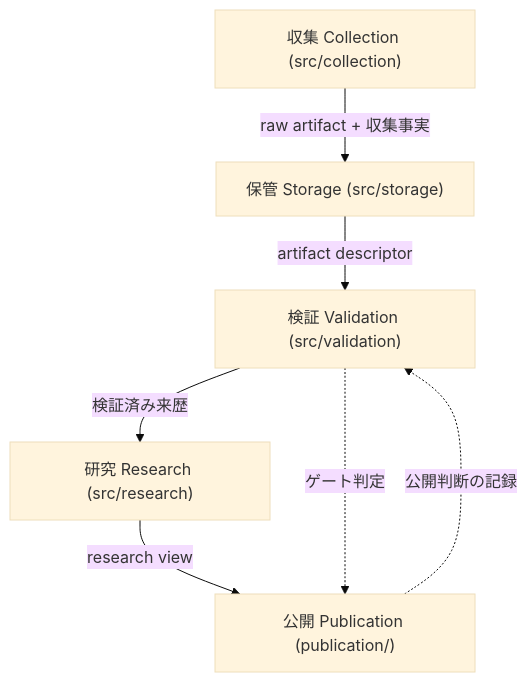
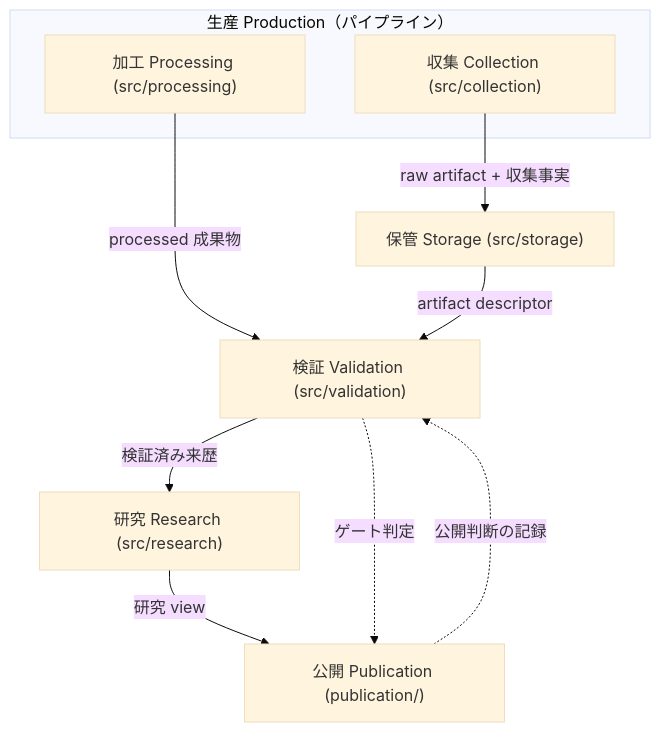
One commit to routeflags/japan-cannabinoid-trends changed the diagram in docs/specs/contracts.md. Above: the diagram before and after it, drawn with Mermaid (base theme). The commit also changed other lines of this file and 35 other files, not shown here.

````diff
--- a/docs/specs/contracts.md
+++ b/docs/specs/contracts.md
@@ -57,9 +92,14 @@
 ```mermaid
 flowchart TD
-  C["収集 Collection (src/collection)"] -->|"raw artifact + 収集事実"| S["保管 Storage (src/storage)"]
-  S -->|"artifact descriptor"| V["検証 Validation (src/validation)"]
+  subgraph PR["生産 Production（パイプライン）"]
+    C["収集 Collection (src/collection)"]
+    W["加工 Processing (src/processing)"]
+  end
+  C -->|"raw artifact + 収集事実"| S["保管 Storage (src/storage)"]
+  W -->|"processed 成果物"| V["検証 Validation (src/validation)"]
+  S -->|"artifact descriptor"| V
   V -->|"検証済み来歴"| R["研究 Research (src/research)"]
-  R -->|"research view"| P["公開 Publication (publication/)"]
+  R -->|"研究 view"| P["公開 Publication (publication/)"]
   V -.->|"ゲート判定"| P
   P -.->|"公開判断の記録"| V
 ```
````
